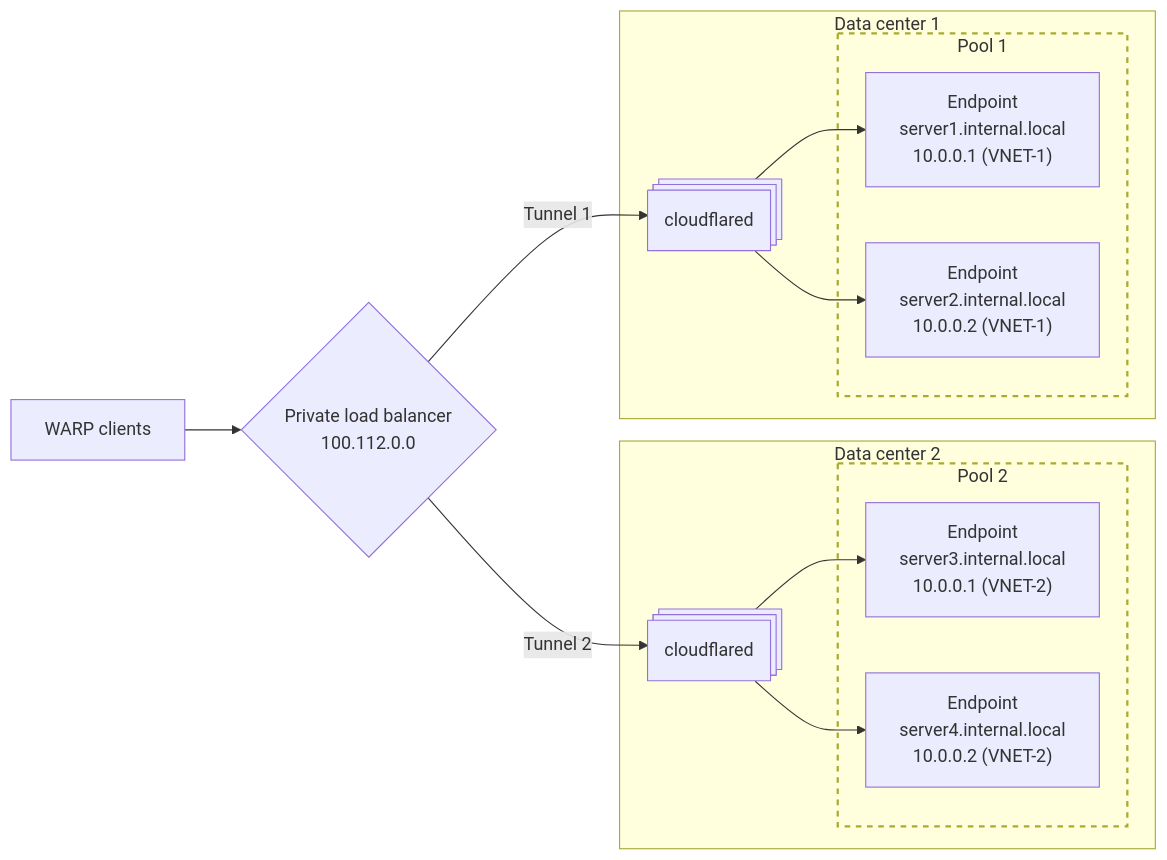
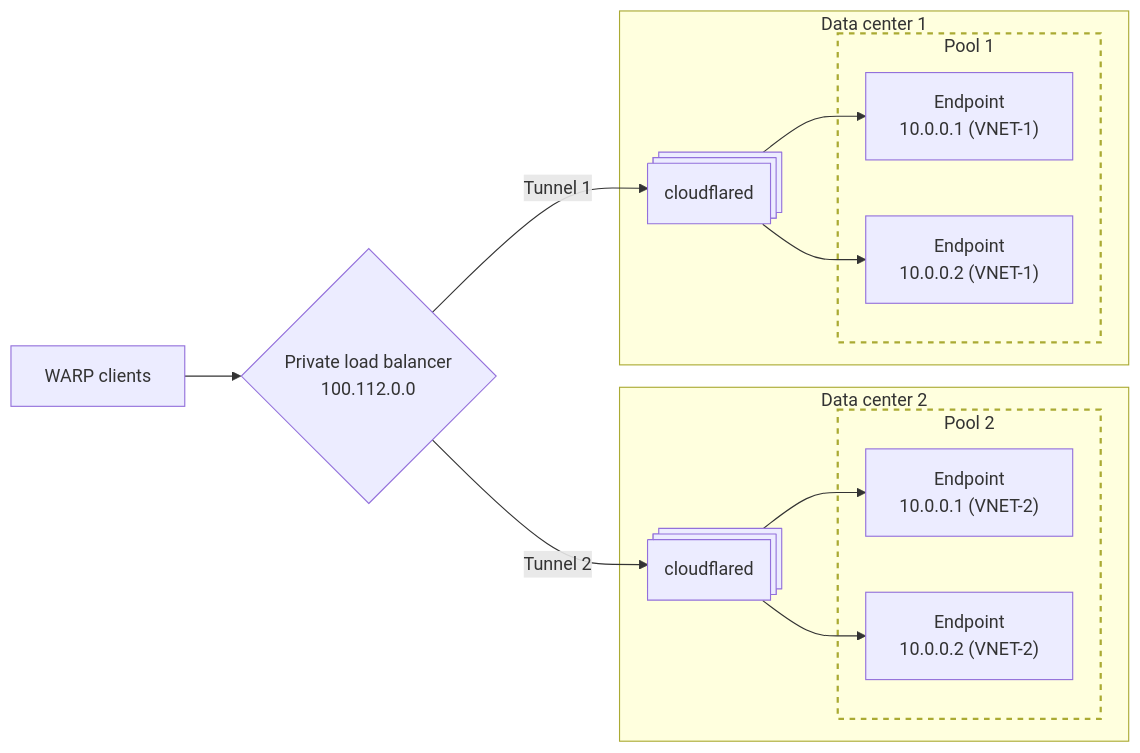
Before and after one commit to rdhanarot/cloudflare-docs: the diagram in src/content/docs/load-balancing/private-network/warp-to-tunnel.mdx, drawn with Mermaid. The commit also changed other lines of this file and 1 other file, not shown here.

````diff
--- a/src/content/docs/load-balancing/private-network/warp-to-tunnel.mdx
+++ b/src/content/docs/load-balancing/private-network/warp-to-tunnel.mdx
@@ -21,27 +21,27 @@
 ```mermaid
 graph LR
     W[WARP clients] --> C{Private load balancer <br> 100.112.0.0}
     C -- Tunnel 1 --> cf1
     C -- Tunnel 2 --> cf2
 		subgraph D2[Data center 2]
 			cf2@{ shape: processes, label: "cloudflared" }
 			subgraph F[Pool 2]
-					S3["Endpoint <br> server3.internal.local <br> 10.0.0.1 (VNET-2)"]
-					S4["Endpoint <br> server4.internal.local <br> 10.0.0.2 (VNET-2)"]
+					S3["Endpoint <br> 10.0.0.1 (VNET-2)"]
+					S4["Endpoint <br> 10.0.0.2 (VNET-2)"]
 			end
 			cf2-->S3
 			cf2-->S4
 		end
 		subgraph D1[Data center 1]
 			cf1@{ shape: processes, label: "cloudflared" }
 			subgraph E[Pool 1]
-					S1["Endpoint <br> server1.internal.local <br> 10.0.0.1 (VNET-1)"]
-					S2["Endpoint <br> server2.internal.local <br> 10.0.0.2 (VNET-1)"]
+					S1["Endpoint <br> 10.0.0.1 (VNET-1)"]
+					S2["Endpoint <br> 10.0.0.2 (VNET-1)"]
 			end
 			cf1-->S1
 			cf1-->S2
 		end
 
 		style E stroke-width:2px,stroke-dasharray: 5 5
 		style F stroke-width:2px,stroke-dasharray: 5 5
 ```
````
